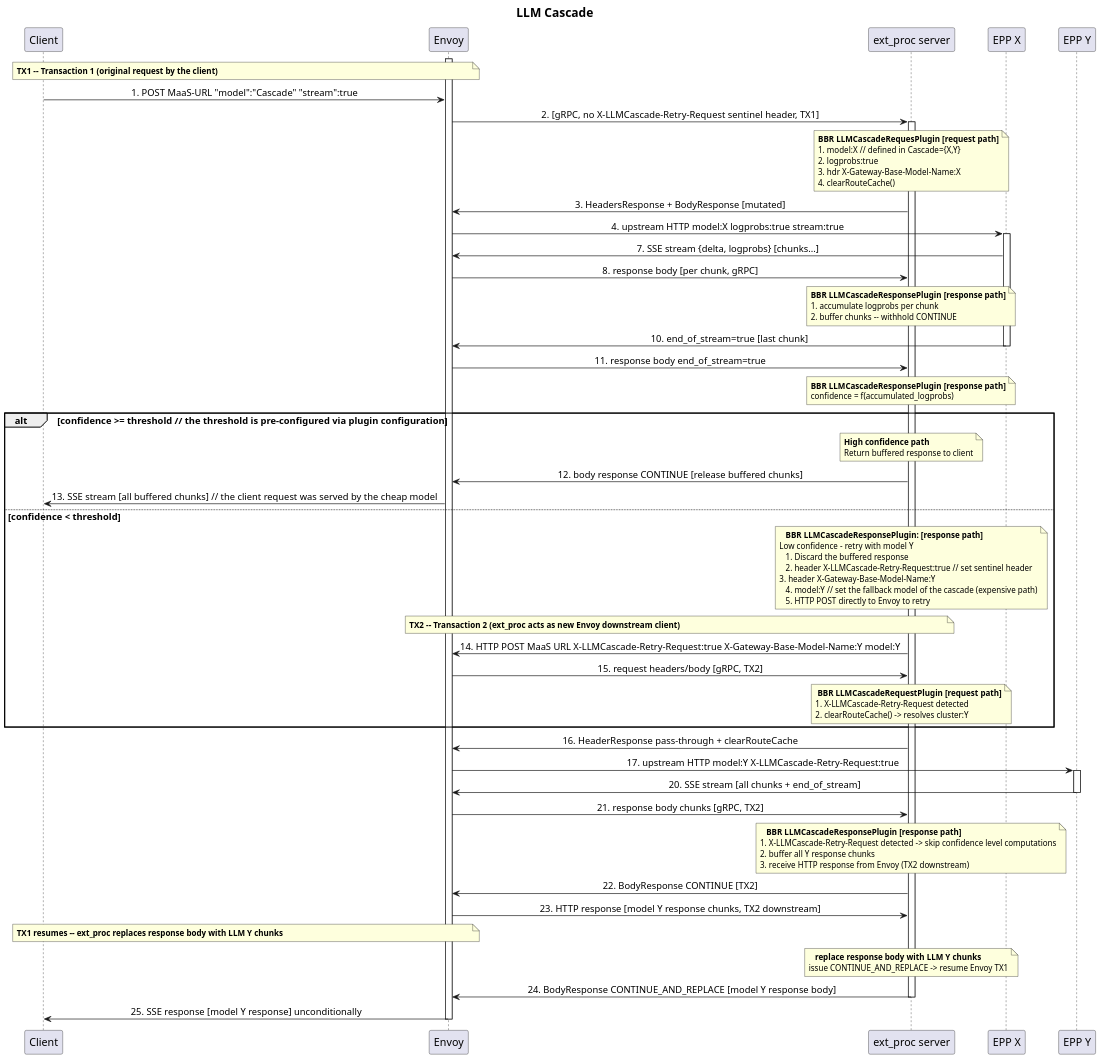
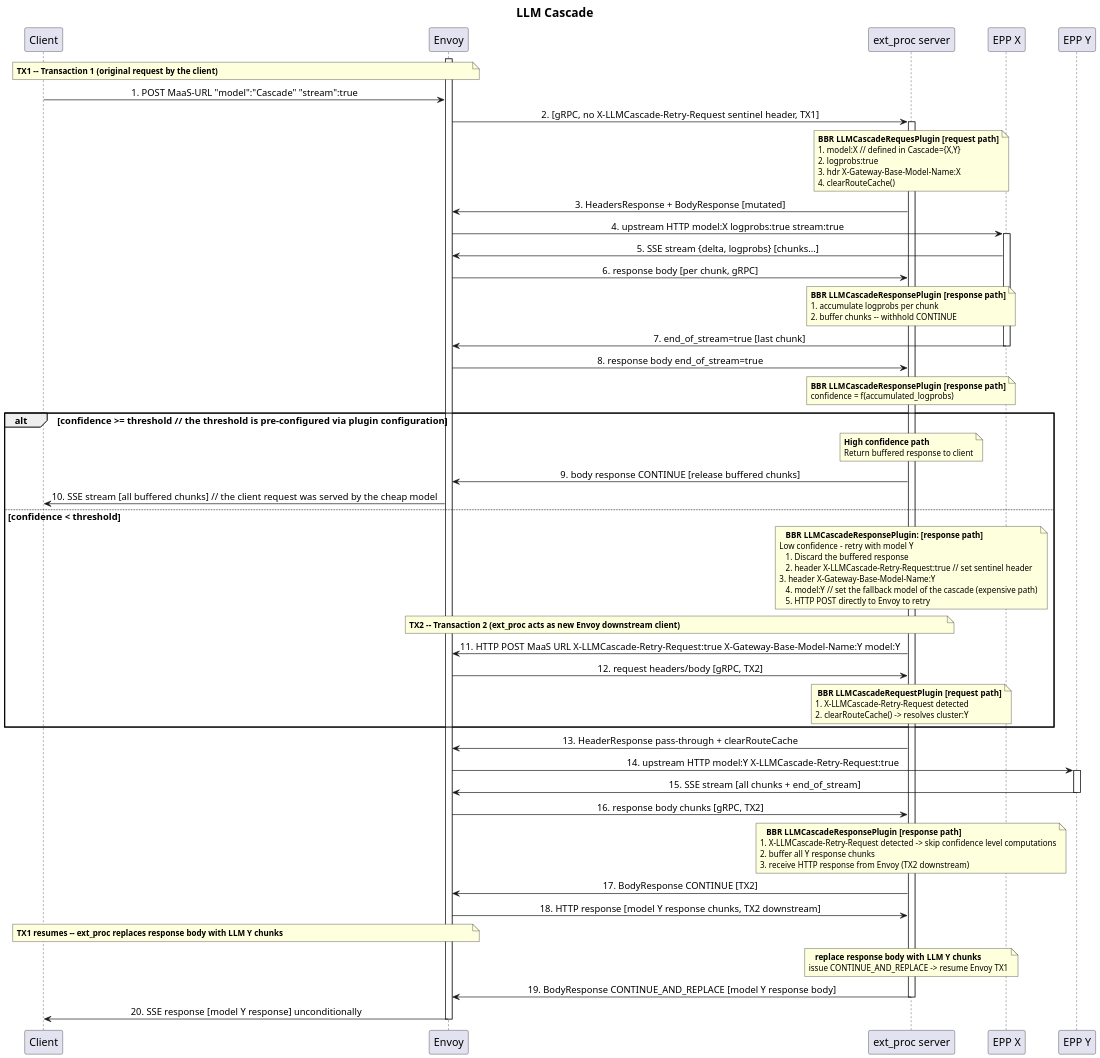
Before and after one commit to davidbreitgand/diagrams: the diagram in low-level-sequence-diagram.puml, drawn with PlantUML. The commit also changed 1 other file, not shown here.

Commit message:
fix sequence numeration

```diff
--- a/low-level-sequence-diagram.puml
+++ b/low-level-sequence-diagram.puml
@@ -1,116 +1,116 @@
 @startuml LLMCascade
 ' PlantUML Diagram
 ' Edit this file to create your diagram
 
 ' High-quality settings optimized for Google Docs
 ' Balance between resolution and size to prevent cutoff
 skinparam dpi 400
 skinparam defaultFontSize 14
 skinparam titleFontSize 18
 skinparam participantFontSize 16
 skinparam sequenceMessageAlign center
 skinparam noteFontSize 12
 skinparam noteTextAlignment left
 
 ' Compact layout to fit page width
 skinparam ParticipantPadding 20
 skinparam BoxPadding 5
 skinparam SequenceMessageAlign center
 
 ' Prevent diagram cutoff
 scale 0.4
 
 title LLM Cascade
 
 participant "Client" as client
 participant "Envoy" as envoy
 participant "ext_proc server" as ext_proc
 participant "EPP X" as epp_cx
 participant "EPP Y" as epp_cy
 
 activate envoy
 note over client,envoy
   **TX1 -- Transaction 1 (original request by the client)**
 end note
 client -> envoy: 1. POST MaaS-URL "model":"Cascade" "stream":true
 envoy -> ext_proc: 2. [gRPC, no X-LLMCascade-Retry-Request sentinel header, TX1]
 activate ext_proc
 note over ext_proc
   **BBR LLMCascadeRequesPlugin [request path]**
   1. model:X // defined in Cascade={X,Y}
   2. logprobs:true
   3. hdr X-Gateway-Base-Model-Name:X
   4. clearRouteCache()
 end note
 ext_proc -> envoy: 3. HeadersResponse + BodyResponse [mutated]
 envoy -> epp_cx: 4. upstream HTTP model:X logprobs:true stream:true
 activate epp_cx
-epp_cx -> envoy: 7. SSE stream {delta, logprobs} [chunks...]
-envoy -> ext_proc: 8. response body [per chunk, gRPC]
+epp_cx -> envoy: 5. SSE stream {delta, logprobs} [chunks...]
+envoy -> ext_proc: 6. response body [per chunk, gRPC]
 note over ext_proc
   **BBR LLMCascadeResponsePlugin [response path]**
   1. accumulate logprobs per chunk
   2. buffer chunks -- withhold CONTINUE
 end note 
-epp_cx -> envoy: 10. end_of_stream=true [last chunk]
+epp_cx -> envoy: 7. end_of_stream=true [last chunk]
 deactivate epp_cx
-envoy -> ext_proc: 11. response body end_of_stream=true
+envoy -> ext_proc: 8. response body end_of_stream=true
 note over ext_proc
   **BBR LLMCascadeResponsePlugin [response path]**
   confidence = f(accumulated_logprobs) 
 end note
 
 alt confidence >= threshold // the threshold is pre-configured via plugin configuration
   note over ext_proc
     **High confidence path**
     Return buffered response to client
   end note
-  ext_proc -> envoy: 12. body response CONTINUE [release buffered chunks]
-  envoy -> client: 13. SSE stream [all buffered chunks] // the client request was served by the cheap model
+  ext_proc -> envoy: 9. body response CONTINUE [release buffered chunks]
+  envoy -> client: 10. SSE stream [all buffered chunks] // the client request was served by the cheap model
 else confidence < threshold
   note over ext_proc
     **BBR LLMCascadeResponsePlugin: [response path]**
 	Low confidence - retry with model Y
     1. Discard the buffered response
     2. header X-LLMCascade-Retry-Request:true // set sentinel header
 	3. header X-Gateway-Base-Model-Name:Y
     4. model:Y // set the fallback model of the cascade (expensive path)
     5. HTTP POST directly to Envoy to retry
   end note
   note over envoy,ext_proc
     **TX2 -- Transaction 2 (ext_proc acts as new Envoy downstream client)**
   end note
-  ext_proc -> envoy: 14. HTTP POST MaaS URL X-LLMCascade-Retry-Request:true X-Gateway-Base-Model-Name:Y model:Y
-  envoy -> ext_proc: 15. request headers/body [gRPC, TX2]
+  ext_proc -> envoy: 11. HTTP POST MaaS URL X-LLMCascade-Retry-Request:true X-Gateway-Base-Model-Name:Y model:Y
+  envoy -> ext_proc: 12. request headers/body [gRPC, TX2]
   note over ext_proc
     **BBR LLMCascadeRequestPlugin [request path]**
    1. X-LLMCascade-Retry-Request detected
    2. clearRouteCache() -> resolves cluster:Y
   end note
 end
-  ext_proc -> envoy: 16. HeaderResponse pass-through + clearRouteCache
-  envoy -> epp_cy: 17. upstream HTTP model:Y X-LLMCascade-Retry-Request:true
+  ext_proc -> envoy: 13. HeaderResponse pass-through + clearRouteCache
+  envoy -> epp_cy: 14. upstream HTTP model:Y X-LLMCascade-Retry-Request:true
   activate epp_cy
-  epp_cy -> envoy: 20. SSE stream [all chunks + end_of_stream]
+  epp_cy -> envoy: 15. SSE stream [all chunks + end_of_stream]
   deactivate epp_cy
-  envoy -> ext_proc: 21. response body chunks [gRPC, TX2]
+  envoy -> ext_proc: 16. response body chunks [gRPC, TX2]
   note over ext_proc
     **BBR LLMCascadeResponsePlugin [response path]**
  1. X-LLMCascade-Retry-Request detected -> skip confidence level computations
  2. buffer all Y response chunks
  3. receive HTTP response from Envoy (TX2 downstream)
   end note
-  ext_proc -> envoy: 22. BodyResponse CONTINUE [TX2]
-  envoy -> ext_proc: 23. HTTP response [model Y response chunks, TX2 downstream]
+  ext_proc -> envoy: 17. BodyResponse CONTINUE [TX2]
+  envoy -> ext_proc: 18. HTTP response [model Y response chunks, TX2 downstream]
   note over client,envoy
     **TX1 resumes -- ext_proc replaces response body with LLM Y chunks**
   end note
   note over ext_proc
     **replace response body with LLM Y chunks**
  issue CONTINUE_AND_REPLACE -> resume Envoy TX1
   end note
-  ext_proc -> envoy: 24. BodyResponse CONTINUE_AND_REPLACE [model Y response body]
+  ext_proc -> envoy: 19. BodyResponse CONTINUE_AND_REPLACE [model Y response body]
   deactivate ext_proc
-  envoy -> client: 25. SSE response [model Y response] unconditionally
+  envoy -> client: 20. SSE response [model Y response] unconditionally
   deactivate envoy
 @enduml
```
